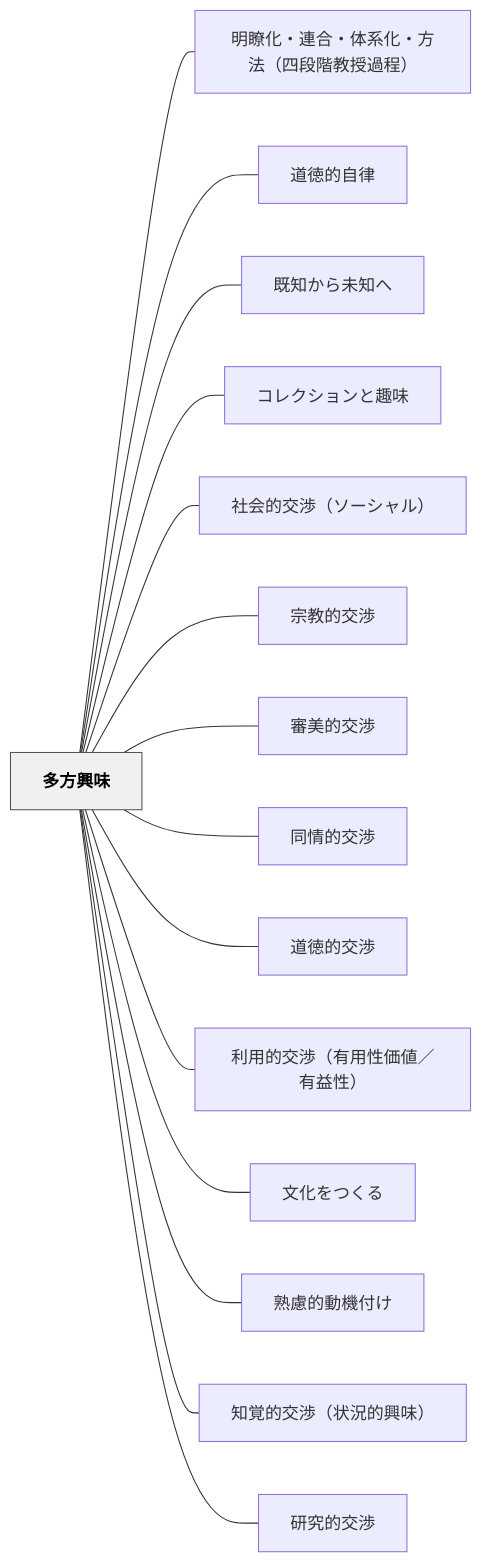
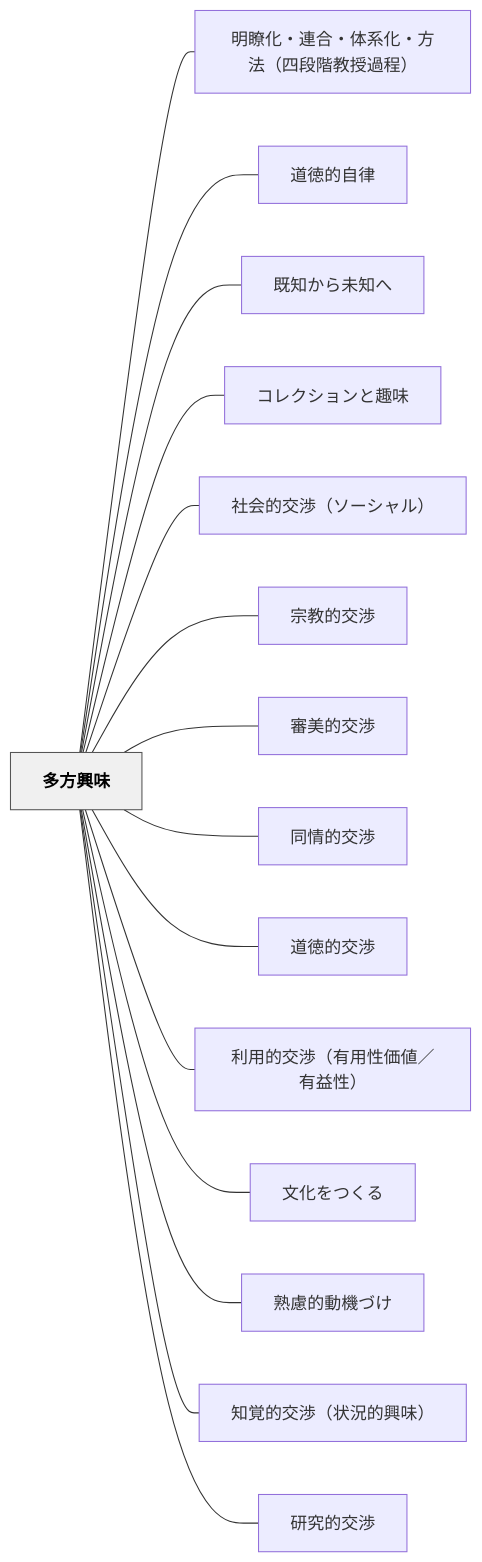
Before and after one commit to unknownthings-ed-patterns/unknownthings-ed-patterns: the diagram in content/パタン/多方興味.md, drawn with Mermaid. The commit also changed other lines of this file and 234 other files, not shown here.

````diff
--- a/content/パタン/多方興味.md
+++ b/content/パタン/多方興味.md
@@ -198,36 +198,36 @@
 ```mermaid
 flowchart LR
     ne5a49ae696b9e88888e591b3["多方興味"]
     ne6988ee79eade58c96e383bbe980a3e59088e383bbe4bd93e7b3bbe58c96e383bbe696b9e6b395efbc88e59b9be6aeb5e99a8ee69599e68e88e9818ee7a88befbc89["明瞭化・連合・体系化・方法（四段階教授過程）"]
     ne98193e5beb3e79a84e887aae5be8b["道徳的自律"]
     ne697a2e79fa5e3818be38289e69caae79fa5e381b8["既知から未知へ"]
     ne382b3e383ace382afe382b7e383a7e383b3e381a8e8b6a3e591b3["コレクションと趣味"]
     ne7a4bee4bc9ae79a84e4baa4e6b889efbc88e382bde383bce382b7e383a3e383abefbc89["社会的交渉（ソーシャル）"]
     ne5ae97e69599e79a84e4baa4e6b889["宗教的交渉"]
     ne5afa9e7be8ee79a84e4baa4e6b889["審美的交渉"]
     ne5908ce68385e79a84e4baa4e6b889["同情的交渉"]
     ne98193e5beb3e79a84e4baa4e6b889["道徳的交渉"]
     ne588a9e794a8e79a84e4baa4e6b889efbc88e69c89e794a8e680a7e4bea1e580a4efbc8fe69c89e79b8ae680a7efbc89["利用的交渉（有用性価値／有益性）"]
     ne69687e58c96e38292e381a4e3818fe3828b["文化をつくる"]
-    ne7869fe685aee79a84e58b95e6a99fe4bb98e38191["熟慮的動機付け"]
+    ne7869fe685aee79a84e58b95e6a99fe381a5e38191["熟慮的動機づけ"]
     ne79fa5e8a69ae79a84e4baa4e6b889efbc88e78ab6e6b381e79a84e88888e591b3efbc89["知覚的交渉（状況的興味）"]
     ne7a094e7a9b6e79a84e4baa4e6b889["研究的交渉"]
 
     ne5a49ae696b9e88888e591b3 --- ne6988ee79eade58c96e383bbe980a3e59088e383bbe4bd93e7b3bbe58c96e383bbe696b9e6b395efbc88e59b9be6aeb5e99a8ee69599e68e88e9818ee7a88befbc89
     ne5a49ae696b9e88888e591b3 --- ne98193e5beb3e79a84e887aae5be8b
     ne5a49ae696b9e88888e591b3 --- ne697a2e79fa5e3818be38289e69caae79fa5e381b8
     ne5a49ae696b9e88888e591b3 --- ne382b3e383ace382afe382b7e383a7e383b3e381a8e8b6a3e591b3
     ne5a49ae696b9e88888e591b3 --- ne7a4bee4bc9ae79a84e4baa4e6b889efbc88e382bde383bce382b7e383a3e383abefbc89
     ne5a49ae696b9e88888e591b3 --- ne5ae97e69599e79a84e4baa4e6b889
     ne5a49ae696b9e88888e591b3 --- ne5afa9e7be8ee79a84e4baa4e6b889
     ne5a49ae696b9e88888e591b3 --- ne5908ce68385e79a84e4baa4e6b889
     ne5a49ae696b9e88888e591b3 --- ne98193e5beb3e79a84e4baa4e6b889
     ne5a49ae696b9e88888e591b3 --- ne588a9e794a8e79a84e4baa4e6b889efbc88e69c89e794a8e680a7e4bea1e580a4efbc8fe69c89e79b8ae680a7efbc89
     ne5a49ae696b9e88888e591b3 --- ne69687e58c96e38292e381a4e3818fe3828b
-    ne5a49ae696b9e88888e591b3 --- ne7869fe685aee79a84e58b95e6a99fe4bb98e38191
+    ne5a49ae696b9e88888e591b3 --- ne7869fe685aee79a84e58b95e6a99fe381a5e38191
     ne5a49ae696b9e88888e591b3 --- ne79fa5e8a69ae79a84e4baa4e6b889efbc88e78ab6e6b381e79a84e88888e591b3efbc89
     ne5a49ae696b9e88888e591b3 --- ne7a094e7a9b6e79a84e4baa4e6b889
 
     classDef hub fill:#f0f0f0,stroke:#555,color:#000,font-weight:bold
     class ne5a49ae696b9e88888e591b3 hub
 ```
````
